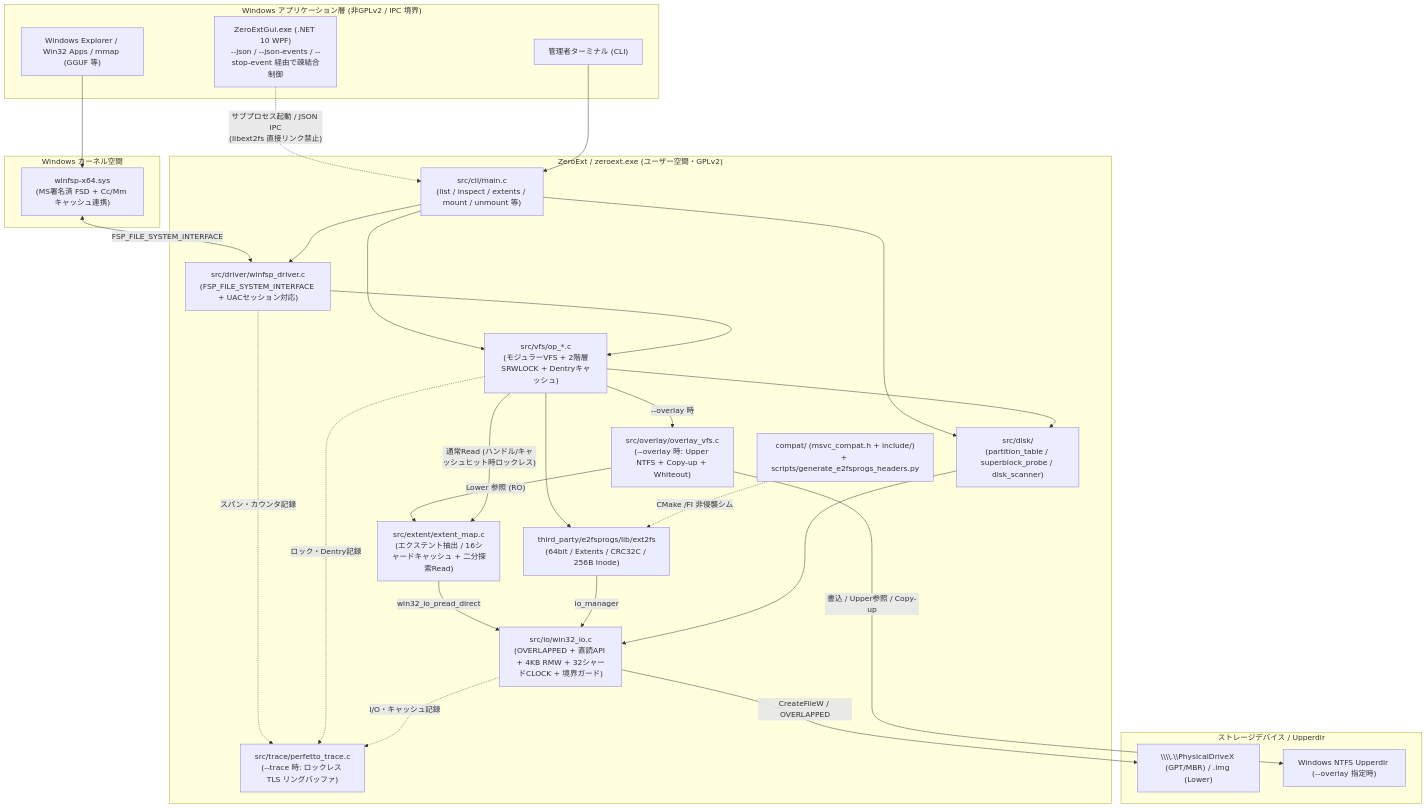
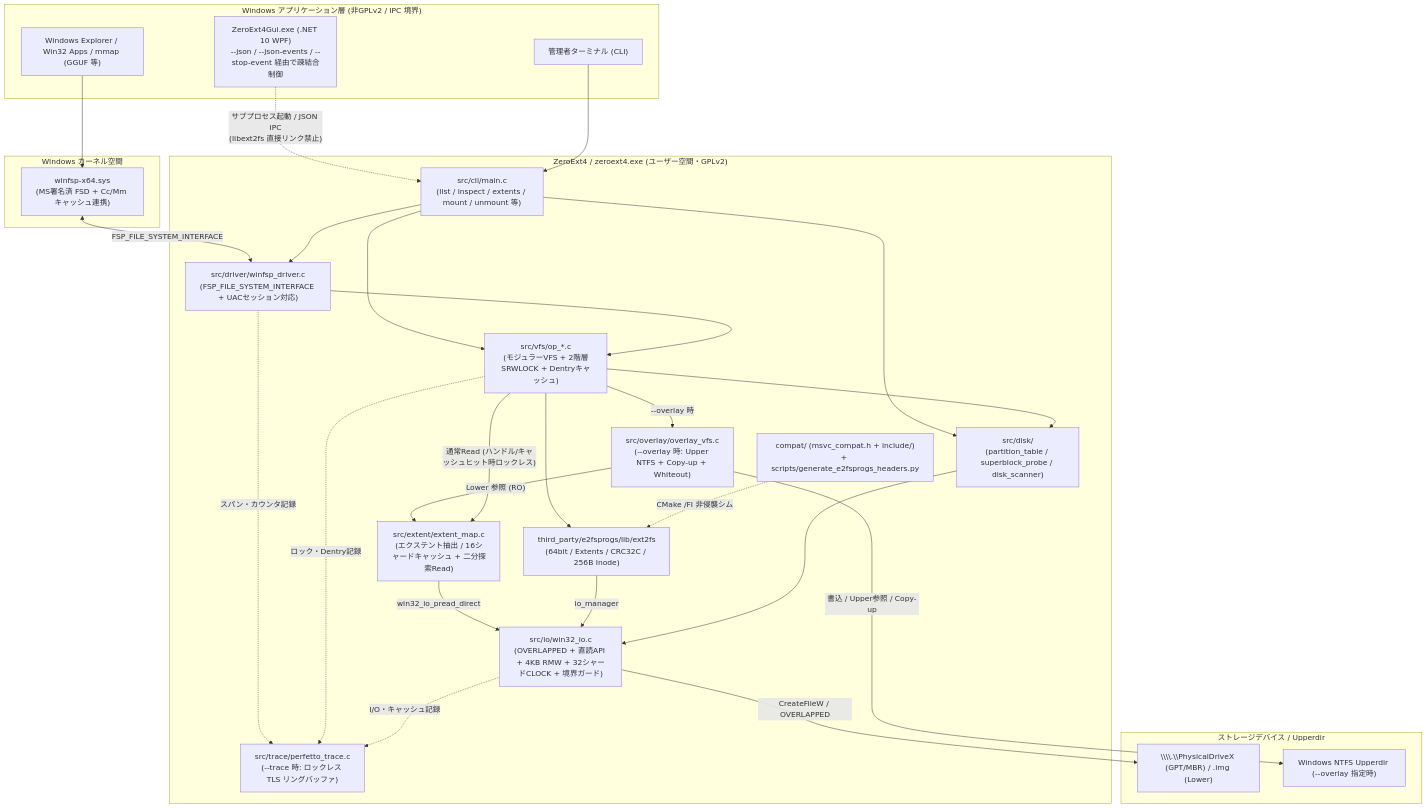
One commit to totatake/ZeroExt changed the first of 2 diagrams in docs/architecture.md. Above: the diagram before and after it, drawn with Mermaid. The commit also changed other lines of this file and 136 other files, not shown here.

Commit message:
refactor!: rename project, targets, symbols, and GUI to ZeroExt4

````diff
--- a/docs/architecture.md
+++ b/docs/architecture.md
@@ -9,53 +9,53 @@
 ```mermaid
 flowchart TD
     subgraph UserApps["Windows アプリケーション層 (非GPLv2 / IPC 境界)"]
         Exp["Windows Explorer / Win32 Apps / mmap (GGUF 等)"]
-        GuiApp["ZeroExtGui.exe (.NET 10 WPF)\n--json / --json-events / --stop-event 経由で疎結合制御"]
+        GuiApp["ZeroExt4Gui.exe (.NET 10 WPF)\n--json / --json-events / --stop-event 経由で疎結合制御"]
         CliUser["管理者ターミナル (CLI)"]
     end
 
     subgraph Kernel["Windows カーネル空間"]
         WinFspSys["winfsp-x64.sys\n(MS署名済 FSD + Cc/Mm キャッシュ連携)"]
     end
 
-    subgraph DriverExe["ZeroExt / zeroext.exe (ユーザー空間・GPLv2)"]
+    subgraph DriverExe["ZeroExt4 / zeroext4.exe (ユーザー空間・GPLv2)"]
         CLI["src/cli/main.c\n(list / inspect / extents / mount / unmount 等)"]
         WinFspDrv["src/driver/winfsp_driver.c\n(FSP_FILE_SYSTEM_INTERFACE + UACセッション対応)"]
         Overlay["src/overlay/overlay_vfs.c\n(--overlay 時: Upper NTFS + Copy-up + Whiteout)"]
         VFS["src/vfs/op_*.c\n(モジュラーVFS + 2階層SRWLOCK + Dentryキャッシュ)"]
         Extent["src/extent/extent_map.c\n(エクステント抽出 / 16シャードキャッシュ + 二分探索Read)"]
         Disk["src/disk/\n(partition_table / superblock_probe / disk_scanner)"]
         Trace["src/trace/perfetto_trace.c\n(--trace 時: ロックレス TLS リングバッファ)"]
         LibExt2["third_party/e2fsprogs/lib/ext2fs\n(64bit / Extents / CRC32C / 256B Inode)"]
         Compat["compat/ (msvc_compat.h + include/)\n+ scripts/generate_e2fsprogs_headers.py"]
         Win32IO["src/io/win32_io.c\n(OVERLAPPED + 直読API + 4KB RMW + 32シャードCLOCK + 境界ガード)"]
     end
 
     subgraph Storage["ストレージデバイス / Upperdir"]
         Phys["\\\\.\\PhysicalDriveX (GPT/MBR) / .img (Lower)"]
         NtfsUpper["Windows NTFS Upperdir (--overlay 指定時)"]
     end
 
     Exp --> WinFspSys
     WinFspSys <-->|"FSP_FILE_SYSTEM_INTERFACE"| WinFspDrv
     GuiApp -.->|"サブプロセス起動 / JSON IPC\n(libext2fs 直接リンク禁止)"| CLI
     CliUser --> CLI
     CLI --> Disk
     CLI --> VFS
     CLI --> WinFspDrv
     WinFspDrv --> VFS
     VFS -->|"--overlay 時"| Overlay
     Overlay -->|"書込 / Upper参照 / Copy-up"| NtfsUpper
     Overlay -->|"Lower 参照 (RO)"| Extent
     VFS -->|"通常Read (ハンドル/キャッシュヒット時ロックレス)"| Extent
     VFS --> Disk
     VFS --> LibExt2
     Compat -.->|"CMake /FI 非侵襲シム"| LibExt2
     Extent -->|"win32_io_pread_direct"| Win32IO
     LibExt2 -->|"io_manager"| Win32IO
     Disk --> Win32IO
     WinFspDrv -.->|"スパン・カウンタ記録"| Trace
     VFS -.->|"ロック・Dentry記録"| Trace
     Win32IO -.->|"I/O・キャッシュ記録"| Trace
     Win32IO -->|"CreateFileW / OVERLAPPED"| Phys
 ```
````
